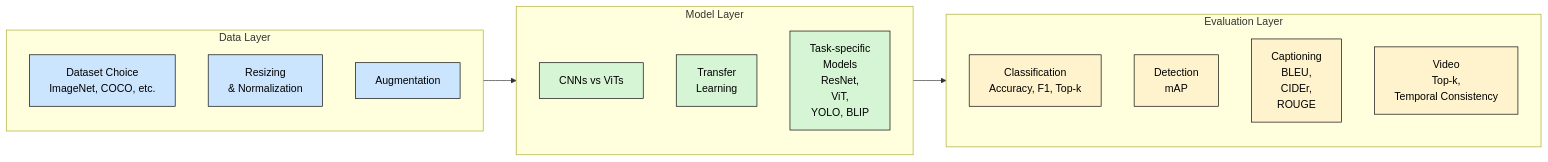
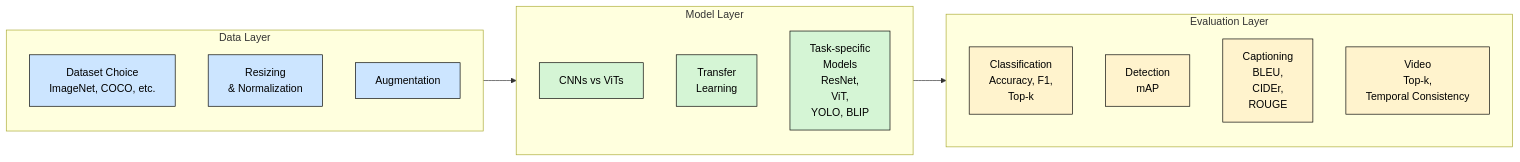
Before and after one commit to MariaAise/dl_intro: the diagram in docs/day2/cv_general.md, drawn with Mermaid.

````diff
--- a/docs/day2/cv_general.md
+++ b/docs/day2/cv_general.md
@@ -13,30 +13,30 @@
 ```mermaid
 flowchart LR
     subgraph DataLayer[Data Layer]
         A1[Dataset Choice<br/> ImageNet, COCO, etc.]
         A2[Resizing <br/> & Normalization]
         A3[Augmentation]
     end
 
     subgraph ModelLayer[Model Layer]
         B1[CNNs vs ViTs]
         B2[Transfer <br/> Learning]
         B3[Task-specific <br/> Models<br/> ResNet, <br/> ViT, <br/> YOLO, BLIP]
     end
 
     subgraph EvalLayer[Evaluation Layer]
-        C1[Classification<br/> Accuracy, F1, Top-k]
+        C1[Classification<br/> Accuracy, F1, <br/> Top-k]
         C2[Detection<br/> mAP]
         C3[Captioning<br/>BLEU, <br/> CIDEr, <br/> ROUGE]
         C4[Video<br/>Top-k, <br/> Temporal Consistency]
     end
 
     DataLayer --> ModelLayer --> EvalLayer
 
     class A1,A2,A3 data
     class B1,B2,B3 model
     class C1,C2,C3,C4 eval
     classDef data fill:#cce5ff,stroke:#000,color:#000;
     classDef model fill:#d5f5d5,stroke:#000,color:#000;
     classDef eval fill:#fff3cd,stroke:#000,color:#000;
 ```
````
